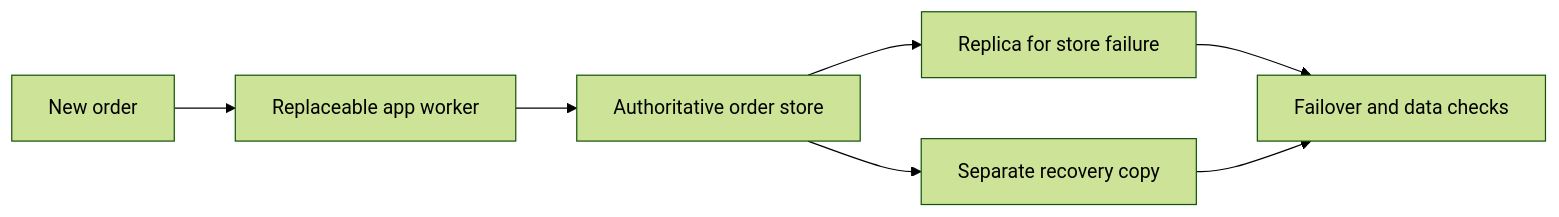
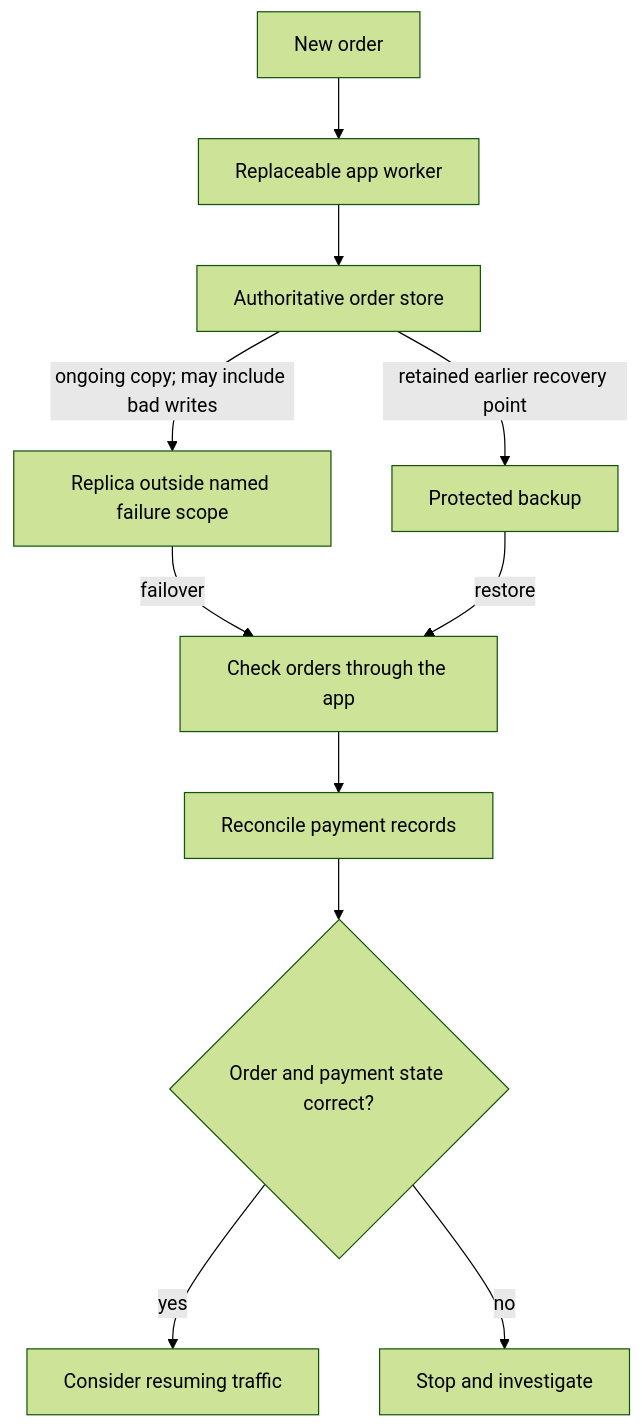
The diagram in knowledge/cloud/aws/architecture/stateful-design-decision-checklist.md (David-A18/MY-humble-knowledge-for-everyone), drawn with Mermaid (forest theme) before and after one commit. The commit also changed other lines of this file and 5 other files, not shown here.

````diff
--- a/knowledge/cloud/aws/architecture/stateful-design-decision-checklist.md
+++ b/knowledge/cloud/aws/architecture/stateful-design-decision-checklist.md
@@ -46,9 +63,13 @@
 ```mermaid
-flowchart LR
+flowchart TB
   request["New order"] --> app["Replaceable app worker"]
   app --> store["Authoritative order store"]
-  store --> replica["Replica for store failure"]
-  store --> backup["Separate recovery copy"]
-  replica --> check["Failover and data checks"]
-  backup --> check
+  store -- "ongoing copy; may include bad writes" --> replica["Replica outside named failure scope"]
+  store -- "retained earlier recovery point" --> backup["Protected backup"]
+  replica -- "failover" --> check["Check orders through the app"]
+  backup -- "restore" --> check
+  check --> reconcile["Reconcile payment records"]
+  reconcile --> decision{"Order and payment state correct?"}
+  decision -- "yes" --> resume["Consider resuming traffic"]
+  decision -- "no" --> stop["Stop and investigate"]
 ```
````
